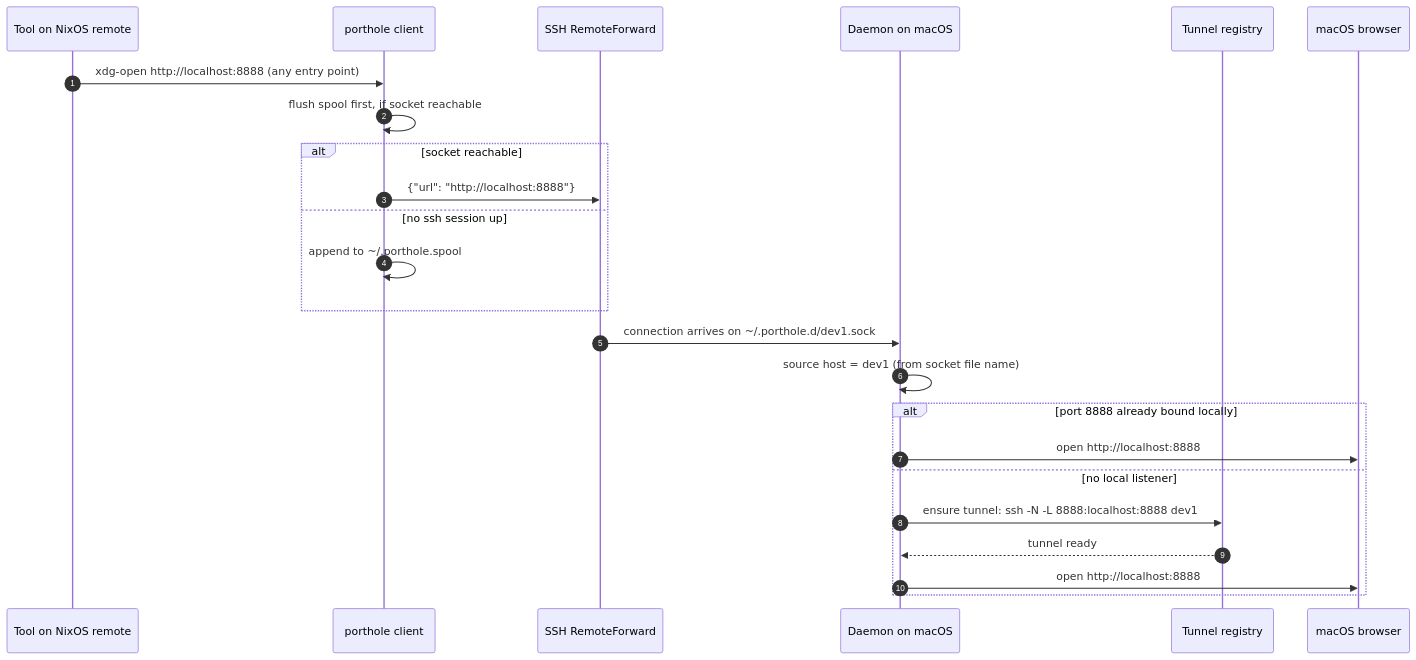
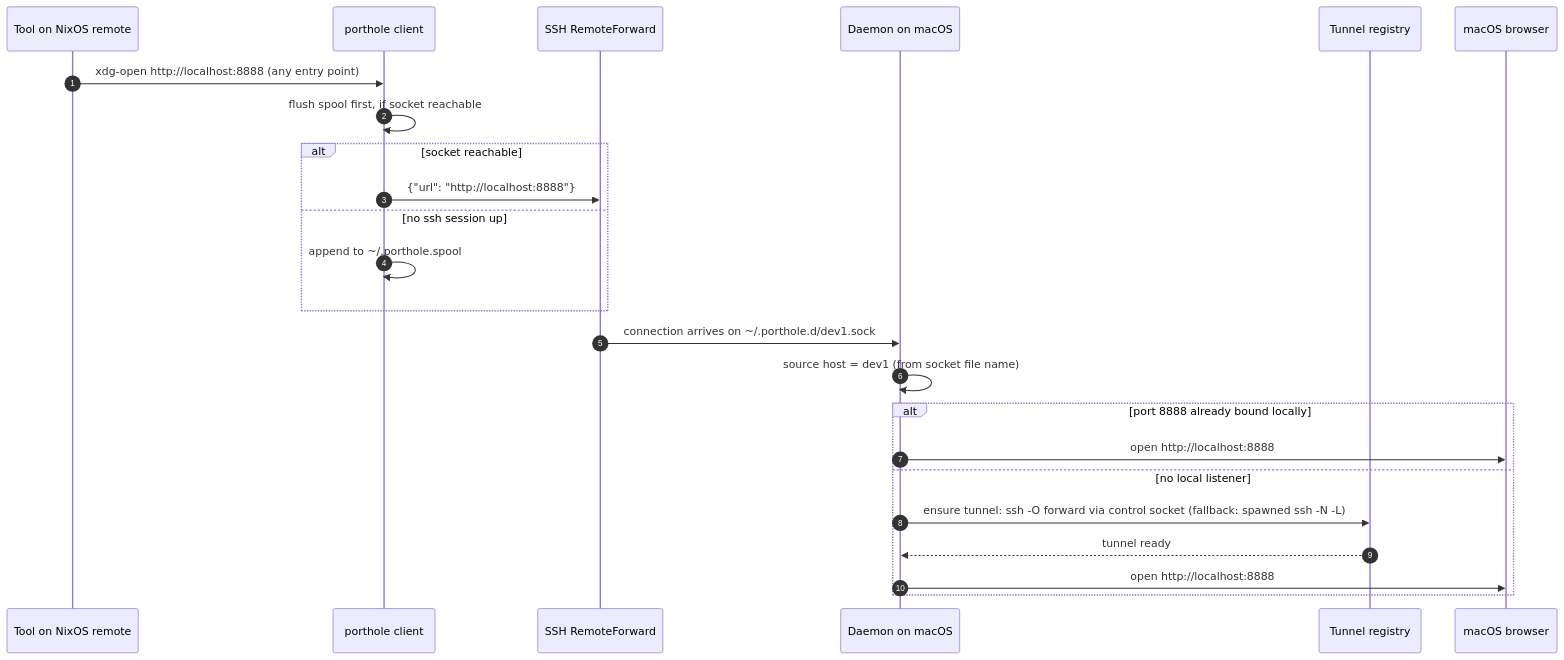
Before and after one commit to mattrobenolt/porthole: the first of 2 diagrams in ARCHITECTURE.md, drawn with Mermaid. The commit also changed other lines of this file and 7 other files, not shown here.

First line of the commit message:
Tunnels via ssh -O forward on the session control socket; OAuth callback sniffing

````diff
--- a/ARCHITECTURE.md
+++ b/ARCHITECTURE.md
@@ -54,27 +56,27 @@
 ```mermaid
 sequenceDiagram
   autonumber
   participant T as Tool on NixOS remote
   participant C as porthole client
   participant F as SSH RemoteForward
   participant D as Daemon on macOS
   participant N as Tunnel registry
   participant B as macOS browser
 
   T->>C: xdg-open http://localhost:8888 (any entry point)
   C->>C: flush spool first, if socket reachable
   alt socket reachable
     C->>F: {"url": "http://localhost:8888"}
   else no ssh session up
     C->>C: append to ~/.porthole.spool
   end
   F->>D: connection arrives on ~/.porthole.d/dev1.sock
   D->>D: source host = dev1 (from socket file name)
   alt port 8888 already bound locally
     D->>B: open http://localhost:8888
   else no local listener
-    D->>N: ensure tunnel: ssh -N -L 8888:localhost:8888 dev1
+    D->>N: ensure tunnel: ssh -O forward via control socket (fallback: spawned ssh -N -L)
     N-->>D: tunnel ready
     D->>B: open http://localhost:8888
   end
 ```
````
